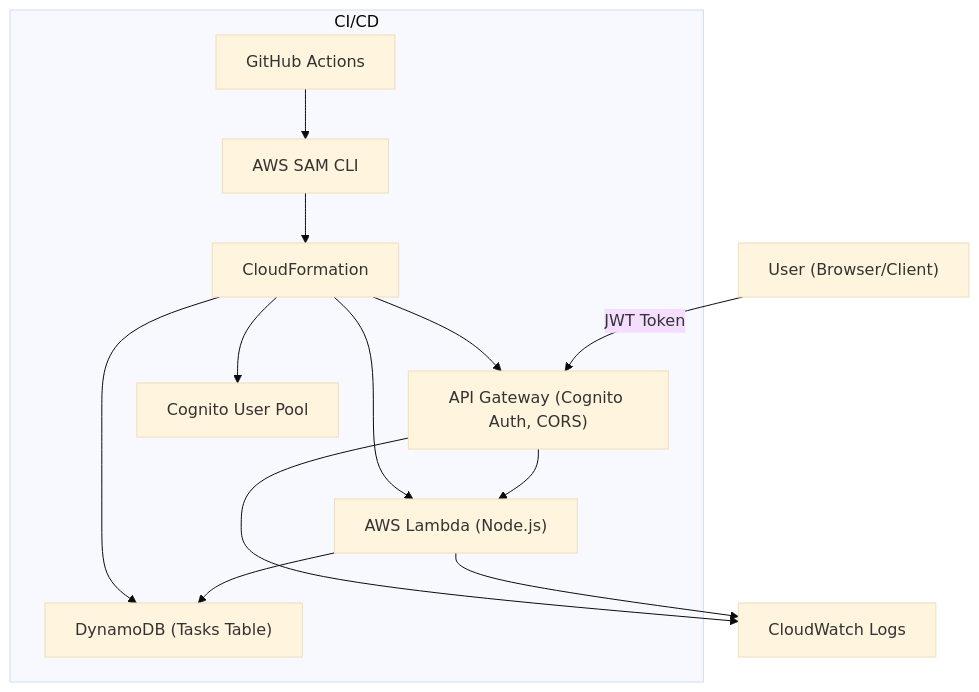
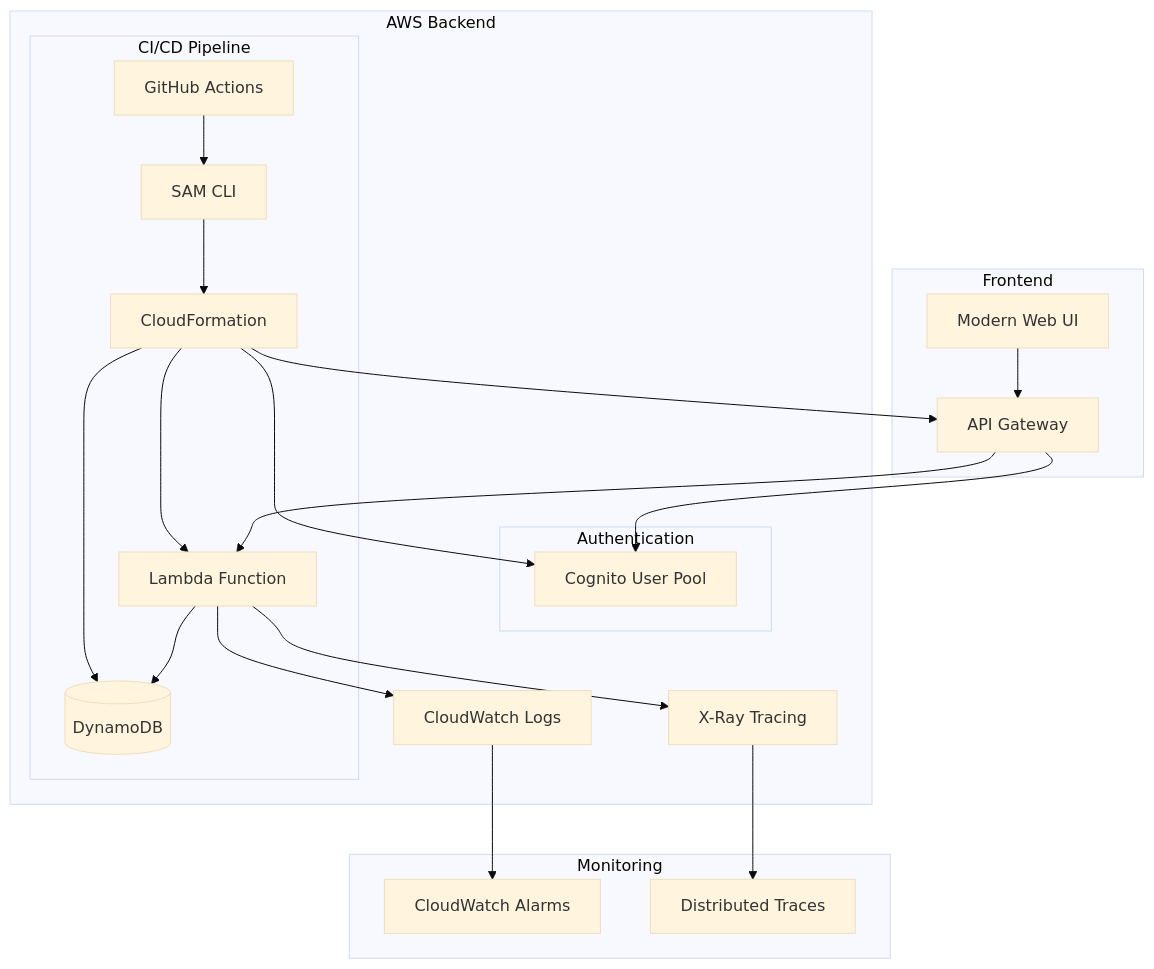
Before and after one commit to AmanChowdary/AWS-Serverless-Application: the diagram in README.md, drawn with Mermaid (base theme). The commit also changed other lines of this file, not shown here.

````diff
--- a/README.md
+++ b/README.md
@@ -20,16 +70,34 @@
 ```mermaid
-graph TD;
-  User["User (Browser/Client)"] -->|JWT Token| APIGW["API Gateway (Cognito Auth, CORS)"]
-  APIGW --> Lambda["AWS Lambda (Node.js)"]
-  Lambda --> Dynamo["DynamoDB (Tasks Table)"]
-  Lambda --> CloudWatch["CloudWatch Logs"]
-  APIGW --> CloudWatch
-  subgraph CI/CD
-    GitHub["GitHub Actions"] --> SAM["AWS SAM CLI"]
-    SAM --> CloudFormation["CloudFormation"]
-    CloudFormation --> APIGW
-    CloudFormation --> Lambda
-    CloudFormation --> Dynamo
-    CloudFormation --> Cognito["Cognito User Pool"]
-  end
+graph TD
+    subgraph "Frontend"
+        UI[Modern Web UI]
+        UI --> APIGW[API Gateway]
+    end
+    
+    subgraph "AWS Backend"
+        APIGW --> Lambda[Lambda Function]
+        Lambda --> DynamoDB[(DynamoDB)]
+        Lambda --> CloudWatch[CloudWatch Logs]
+        Lambda --> XRay[X-Ray Tracing]
+        
+        subgraph "Authentication"
+            Cognito[Cognito User Pool]
+            APIGW --> Cognito
+        end
+        
+        subgraph "CI/CD Pipeline"
+            GitHub[GitHub Actions]
+            GitHub --> SAM[SAM CLI]
+            SAM --> CloudFormation[CloudFormation]
+            CloudFormation --> APIGW
+            CloudFormation --> Lambda
+            CloudFormation --> DynamoDB
+            CloudFormation --> Cognito
+        end
+    end
+    
+    subgraph "Monitoring"
+        CloudWatch --> Alarms[CloudWatch Alarms]
+        XRay --> Traces[Distributed Traces]
+    end
 ```
````
